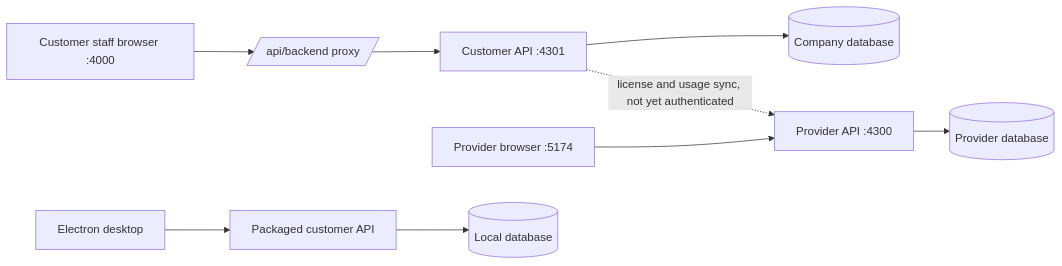
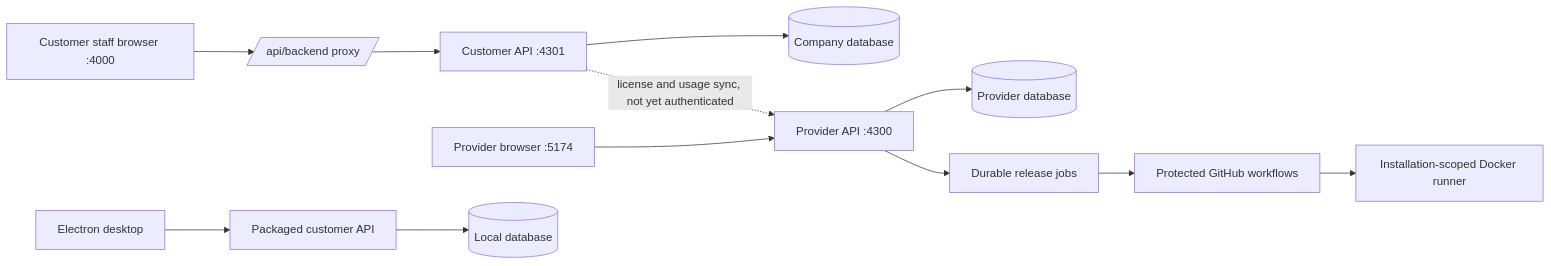
Before and after one commit to gokulsenthilkumar3/Evergreen: the first of 2 diagrams in docs/ARCHITECTURE.md, drawn with Mermaid. The commit also changed other lines of this file and 15 other files, not shown here.

````diff
--- a/docs/ARCHITECTURE.md
+++ b/docs/ARCHITECTURE.md
@@ -9,11 +9,14 @@
 ```mermaid
 flowchart LR
   Staff[Customer staff browser :4000] --> Proxy[/api/backend proxy/]
   Proxy --> Tenant[Customer API :4301]
   Tenant --> TenantDB[(Company database)]
   Operator[Provider browser :5174] --> Provider[Provider API :4300]
   Provider --> ProviderDB[(Provider database)]
+  Provider --> Jobs[Durable release jobs]
+  Jobs --> Actions[Protected GitHub workflows]
+  Actions --> Runner[Installation-scoped Docker runner]
   Tenant -. license and usage sync, not yet authenticated .-> Provider
   Desktop[Electron desktop] --> LocalAPI[Packaged customer API]
   LocalAPI --> LocalDB[(Local database)]
 ```
````
